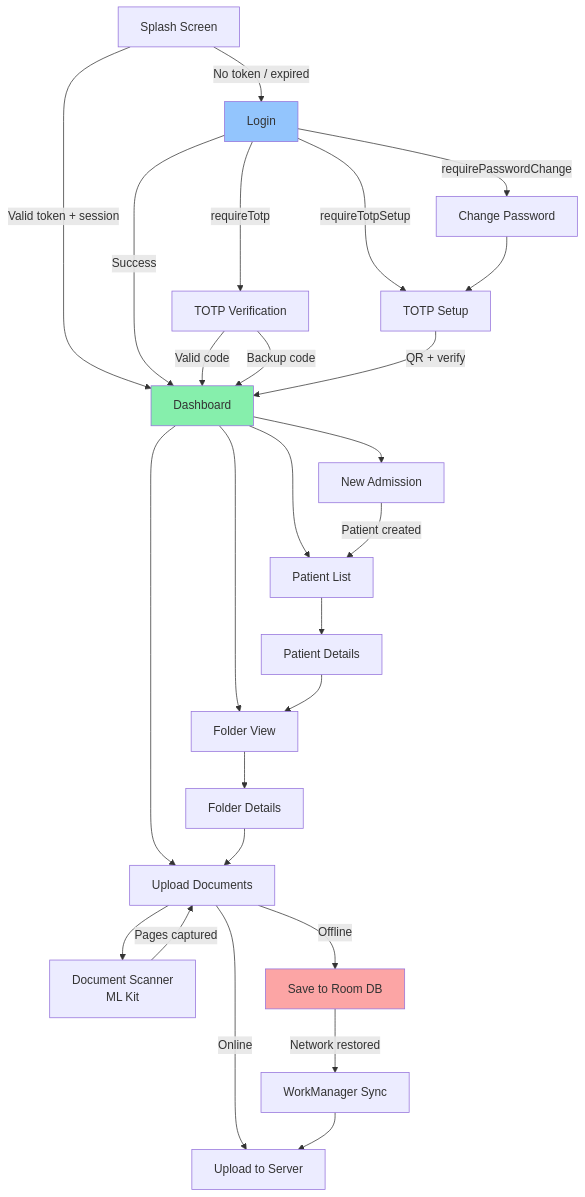
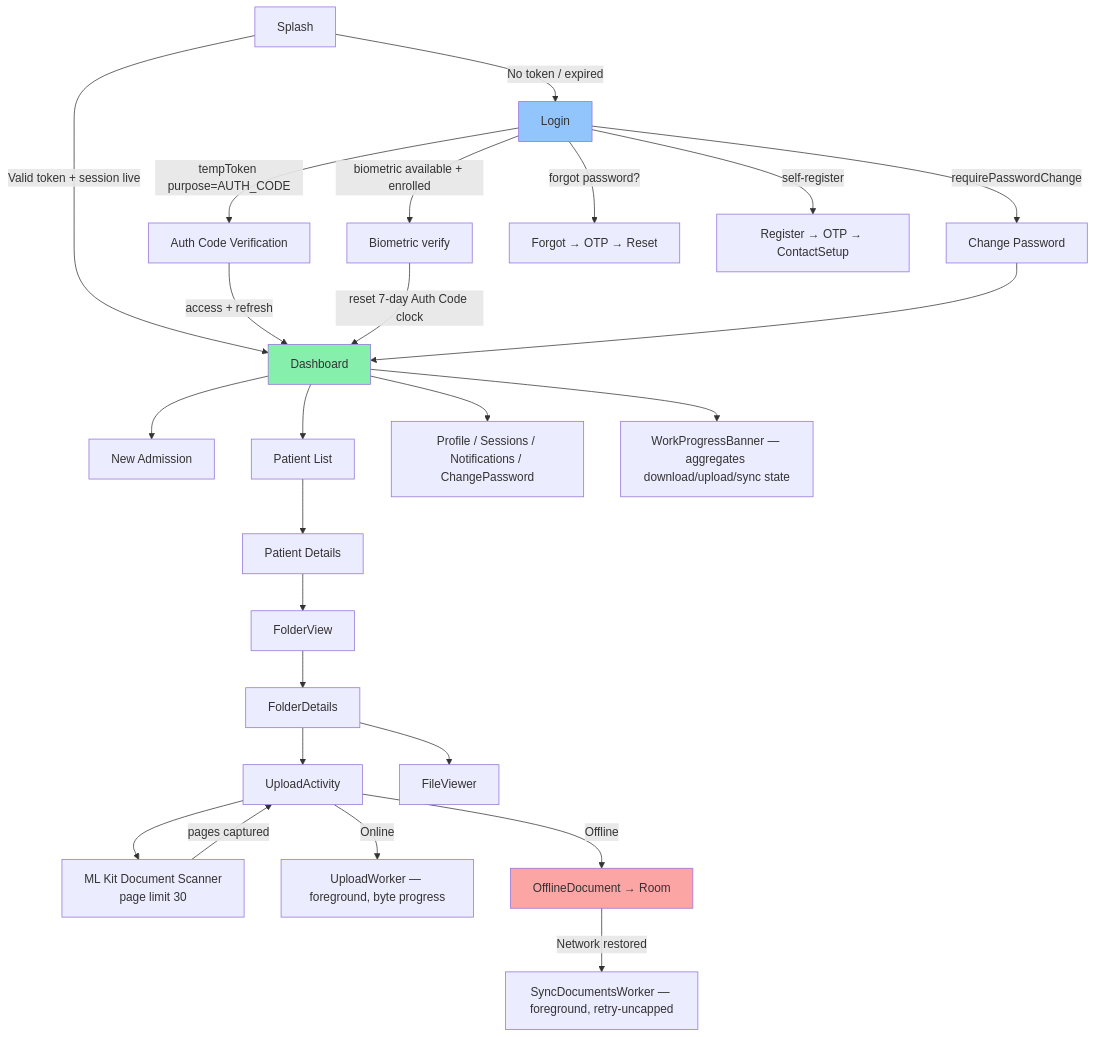
The second of 5 diagrams in android-app/README.md (urvagandhi/Hospital-Management), drawn with Mermaid before and after one commit. The commit also changed other lines of this file and 17 other files, not shown here.

````diff
--- a/android-app/README.md
+++ b/android-app/README.md
@@ -77,38 +86,36 @@
 ```mermaid
 flowchart TD
-    SPLASH[Splash Screen] -->|Valid token + session| DASH[Dashboard]
+    SPLASH[Splash] -->|Valid token + session live| DASH[Dashboard]
     SPLASH -->|No token / expired| LOGIN[Login]
 
     LOGIN -->|requirePasswordChange| CHPW[Change Password]
-    LOGIN -->|requireTotp| TOTP_V[TOTP Verification]
-    LOGIN -->|requireTotpSetup| TOTP_S[TOTP Setup]
-    LOGIN -->|Success| DASH
+    LOGIN -->|tempToken purpose=AUTH_CODE| AUTH_V[Auth Code Verification]
+    LOGIN -->|biometric available + enrolled| BIO_V[Biometric verify]
+    LOGIN -->|forgot password?| FORGOT[Forgot → OTP → Reset]
+    LOGIN -->|self-register| REG[Register → OTP → ContactSetup]
 
-    CHPW --> TOTP_S
-    TOTP_V -->|Valid code| DASH
-    TOTP_V -->|Backup code| DASH
-    TOTP_S -->|QR + verify| DASH
+    AUTH_V -->|access + refresh| DASH
+    BIO_V  -->|reset 7-day Auth Code clock| DASH
+    CHPW --> DASH
 
+    DASH --> ADMISSION[New Admission]
     DASH --> PAT_LIST[Patient List]
-    DASH --> ADMISSION[New Admission]
-    DASH --> FOLDER[Folder View]
-    DASH --> UPLOAD_F[Upload Documents]
+    DASH --> PROFILE[Profile / Sessions / Notifications / ChangePassword]
+    DASH --> WPB[WorkProgressBanner — aggregates download/upload/sync state]
 
     PAT_LIST --> PAT_DETAIL[Patient Details]
-    PAT_DETAIL --> FOLDER
-    FOLDER --> FOLDER_D[Folder Details]
-    FOLDER_D --> UPLOAD_F
+    PAT_DETAIL --> FOLDER[FolderView]
+    FOLDER --> FOLDER_D[FolderDetails]
+    FOLDER_D --> UPLOAD_F[UploadActivity]
+    FOLDER_D --> FILE_V[FileViewer]
 
-    ADMISSION -->|Patient created| PAT_LIST
-
-    UPLOAD_F --> SCANNER[Document Scanner<br/>ML Kit]
-    SCANNER -->|Pages captured| UPLOAD_F
-    UPLOAD_F -->|Online| BACKEND[Upload to Server]
-    UPLOAD_F -->|Offline| QUEUE[Save to Room DB]
-    QUEUE -->|Network restored| SYNC[WorkManager Sync]
-    SYNC --> BACKEND
+    UPLOAD_F --> SCANNER[ML Kit Document Scanner<br/>page limit 30]
+    SCANNER -->|pages captured| UPLOAD_F
+    UPLOAD_F -->|Online| UL[UploadWorker — foreground, byte progress]
+    UPLOAD_F -->|Offline| QUEUE[OfflineDocument → Room]
+    QUEUE -->|Network restored| SYNC[SyncDocumentsWorker — foreground, retry-uncapped]
 
     style DASH fill:#86efac
     style LOGIN fill:#93c5fd
     style QUEUE fill:#fca5a5
 ```
````
